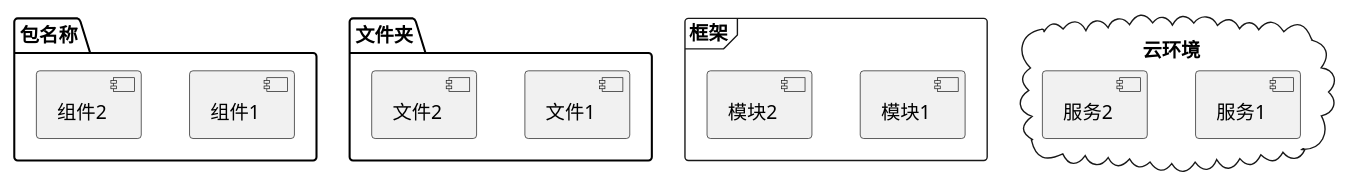
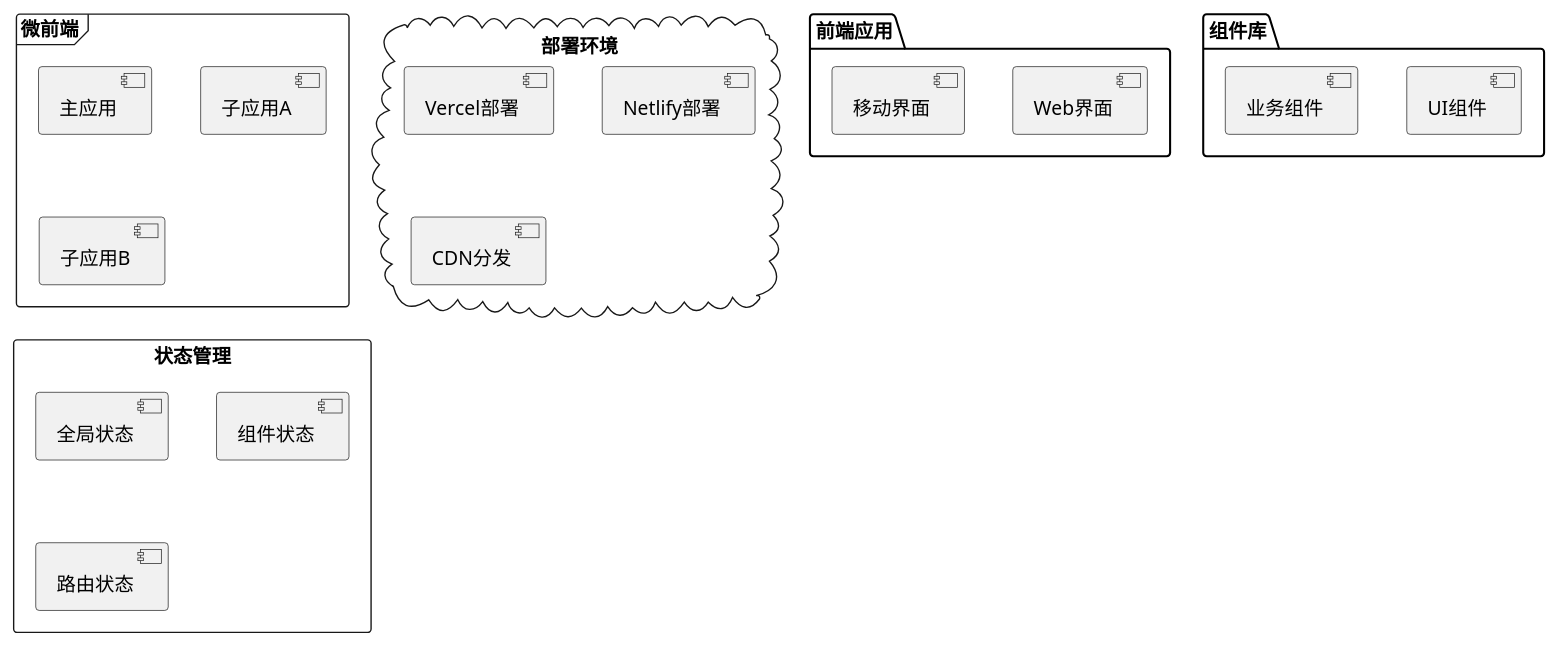
The fifth of 27 diagrams in .cursor/rules/plantuml-syntax-guide.mdc (felixzhu97/system-design), drawn with PlantUML before and after one commit. The commit also changed other lines of this file and 3 other files, not shown here.

First line of the commit message:
refactor: Update C4 and PlantUML guidelines with modern frontend architecture patterns

````diff
--- a/.cursor/rules/plantuml-syntax-guide.mdc
+++ b/.cursor/rules/plantuml-syntax-guide.mdc
@@ -68,21 +81,29 @@
 ```puml
-package "包名称" {
-    [组件1]
-    [组件2]
+package "前端应用" {
+    [Web界面]
+    [移动界面]
 }
 
-folder "文件夹" {
-    [文件1]
-    [文件2]
+folder "组件库" {
+    [UI组件]
+    [业务组件]
 }
 
-frame "框架" {
-    [模块1]
-    [模块2]
+frame "微前端" {
+    [主应用]
+    [子应用A]
+    [子应用B]
 }
 
-cloud "云环境" {
-    [服务1] 
-    [服务2]
+cloud "部署环境" {
+    [Vercel部署] 
+    [Netlify部署]
+    [CDN分发]
+}
+
+rectangle "状态管理" {
+    [全局状态]
+    [组件状态]
+    [路由状态]
 }
 ```
````
